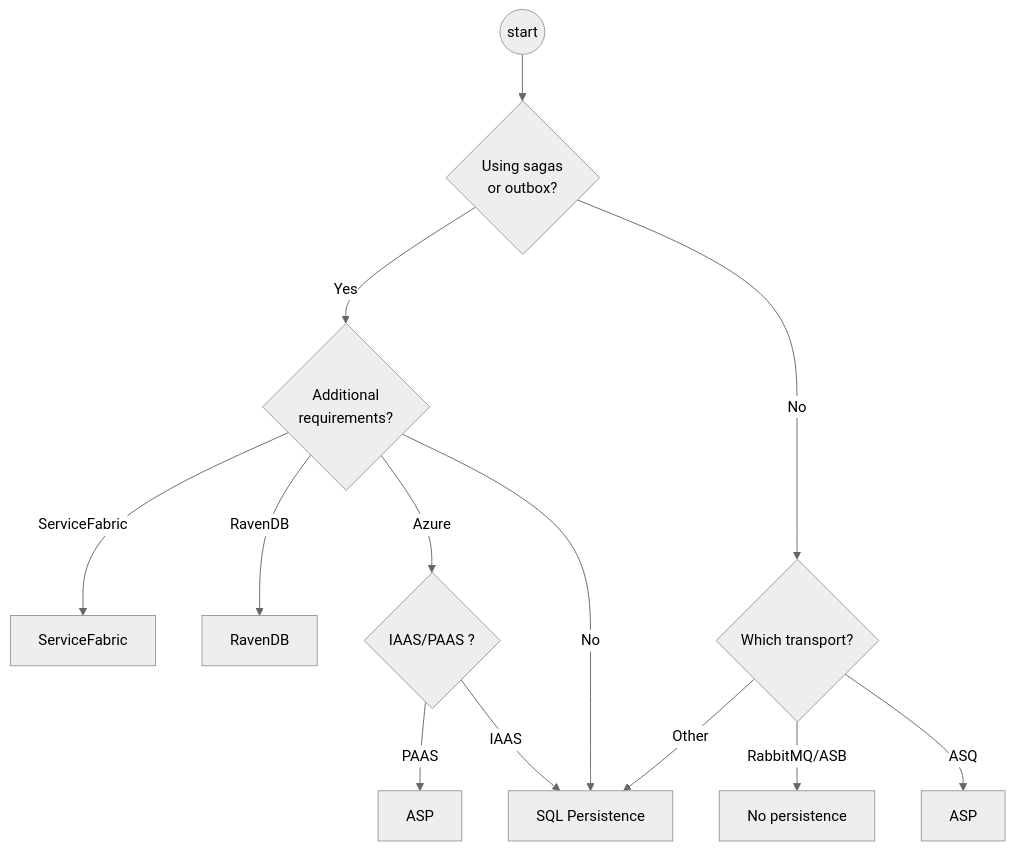
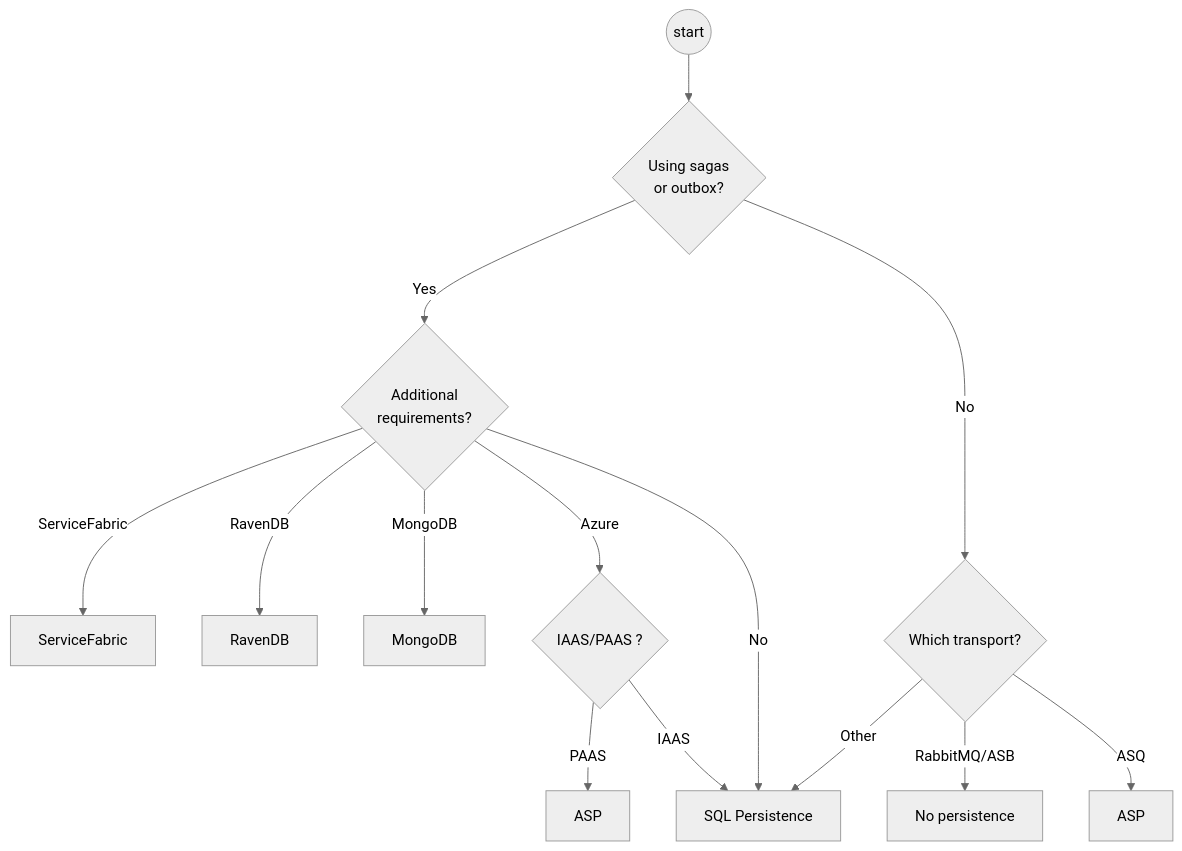
The diagram in persistence/selecting.md (Particular/docs.particular.net), drawn with Mermaid (neutral theme) before and after one commit. The commit also changed other lines of this file, not shown here.

````diff
--- a/persistence/selecting.md
+++ b/persistence/selecting.md
@@ -27,15 +27,16 @@
 ```mermaid
 graph TD
 start((start)) --> A{Using sagas<br /> or outbox?}
 A -->  |Yes|B{Additional<br />requirements?}
 A --> |No| I{Which transport?}
 I --> |Other|L[SQL Persistence]
 I --> |RabbitMQ/ASB|J[No persistence]
 I --> |ASQ|K[ASP]
 B --> |ServiceFabric|C[ServiceFabric]
 B --> |RavenDB|E[RavenDB]
+B --> |MongoDB|M[MongoDB]
 B --> |Azure|Q{IAAS/PAAS ?}
 B --> |No|L
 Q --> |PAAS|S[ASP]
 Q --> |IAAS|L
 ```
````
